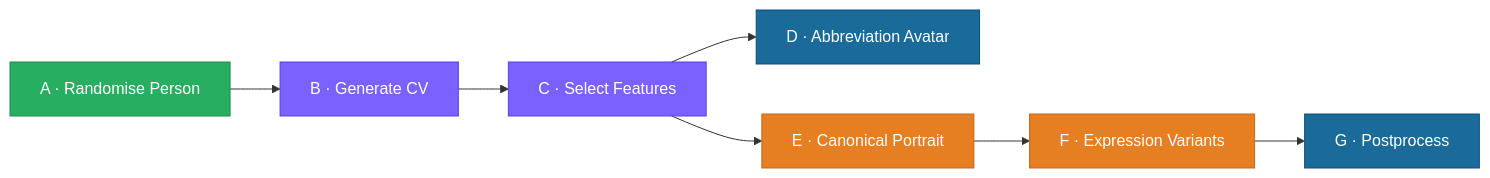
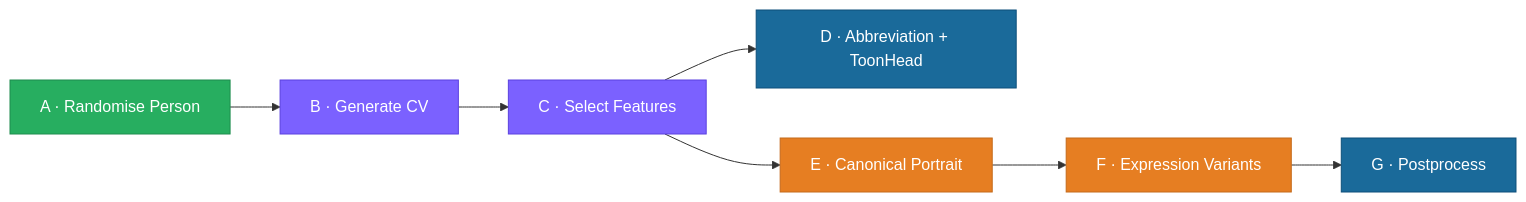
Before and after one commit to E-Brons/avatar-studio: the first of 2 diagrams in docs/software/architecture.md, drawn with Mermaid. The commit also changed other lines of this file and 14 other files, not shown here.

First line of the commit message:
feat: Step D generates ToonHead SVG + Abbreviation PNG via vendored DiceBear node sub-project

````diff
--- a/docs/software/architecture.md
+++ b/docs/software/architecture.md
@@ -27,18 +27,18 @@
 ```mermaid
 graph LR
     classDef code     fill:#27AE60,color:#fff,stroke:#1E8C4E
     classDef llmText  fill:#7B61FF,color:#fff,stroke:#5B41DF
     classDef llmImage fill:#E67E22,color:#fff,stroke:#C46A1A
     classDef pil      fill:#1A6A9A,color:#fff,stroke:#0D4F7A
 
     A["A · Randomise Person"]:::code
     B["B · Generate CV"]:::llmText
     C["C · Select Features"]:::llmText
-    D["D · Abbreviation Avatar"]:::pil
+    D["D · Abbreviation + ToonHead"]:::pil
     E["E · Canonical Portrait"]:::llmImage
     F["F · Expression Variants"]:::llmImage
     G["G · Postprocess"]:::pil
 
     A --> B --> C --> D
     C --> E --> F --> G
 ```
````
